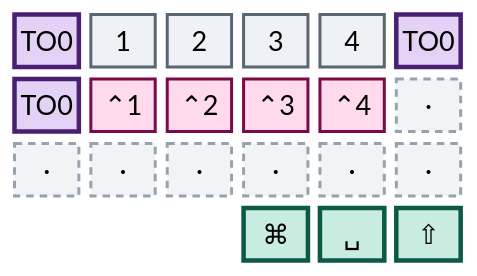
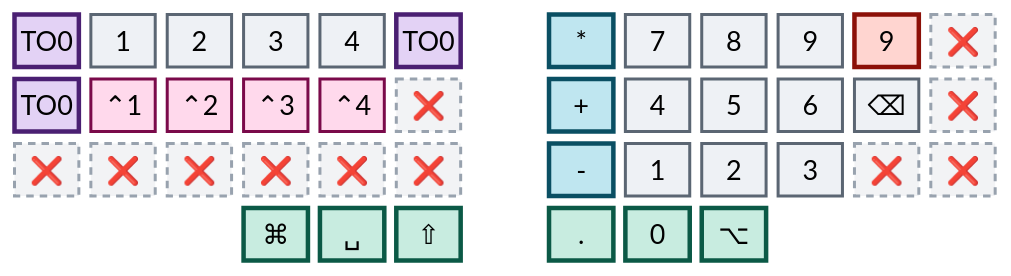
One commit to abloch/zmk-corne changed the fourth of 6 diagrams in README.md. Above: the diagram before and after it, drawn with Mermaid. The commit also changed other lines of this file, not shown here.

First line of the commit message:
Redraw the README layer maps as single side-by-side diagrams

````diff
--- a/README.md
+++ b/README.md
@@ -224,22 +157,26 @@
 ```mermaid
 %%{init: {'theme':'base','themeVariables':{'primaryColor':'#eef1f5','primaryTextColor':'#0b0f14','primaryBorderColor':'#5b6673','nodeTextColor':'#0b0f14','textColor':'#0b0f14','mainBkg':'#eef1f5','fontSize':'18px'}}}%%
 block
-columns 6
+columns 13
 
-  to0["TO0"] n1["1"] n2["2"] n3["3"] n4["4"] to0b["TO0"]
-  to0c["TO0"] c1["⌃1"] c2["⌃2"] c3["⌃3"] c4["⌃4"] xa["·"]
-  xb["·"] xc["·"] xd["·"] xe["·"] xf["·"] xg["·"]
-  space:3 cmd["⌘"] spc["␣"] sft["⇧"]
+  to0["TO0"] n1["1"] n2["2"] n3["3"] n4["4"] t0b["TO0"] space mul["*"] s7["7"] s8["8"] s9["9"] d9["9"] x1["❌"]
+  t0c["TO0"] c1["⌃1"] c2["⌃2"] c3["⌃3"] c4["⌃4"] x2["❌"] space pls["+"] s4["4"] s5["5"] s6["6"] bsp["⌫"] x3["❌"]
+  x4["❌"] x5["❌"] x6["❌"] x7["❌"] x8["❌"] x9["❌"] space mns["-"] s1["1"] s2["2"] s3["3"] x10["❌"] x11["❌"]
+  space:3 cmd["⌘"] spc["␣"] sft["⇧"] space kdt["."] zro["0"] alt["⌥"] space:3
 
   classDef chord fill:#ffd9ec,stroke:#7a0a4a,stroke-width:2px,color:#3a0523
+  classDef punc fill:#bfe6f0,stroke:#0a4f63,stroke-width:3px,color:#04222b
   classDef layerk fill:#e3d2f5,stroke:#4a1f72,stroke-width:3px,color:#240c39
   classDef core fill:#eef1f5,stroke:#5b6673,stroke-width:2px,color:#0b0f14
   classDef thumb fill:#c8ece0,stroke:#0b5946,stroke-width:3px,color:#06241c
+  classDef doomed fill:#ffd5d0,stroke:#8c1008,stroke-width:3px,color:#3d0603
   classDef dead fill:#f2f3f5,stroke:#98a2ae,stroke-width:2px,stroke-dasharray:5 4,color:#5b6673
 
-  class n1,n2,n3,n4 core
+  class n1,n2,n3,n4,s1,s2,s3,s4,s5,s6,s7,s8,s9,bsp core
   class c1,c2,c3,c4 chord
-  class to0,to0b,to0c layerk
-  class cmd,spc,sft thumb
-  class xa,xb,xc,xd,xe,xf,xg dead
+  class mul,pls,mns punc
+  class d9 doomed
+  class to0,t0b,t0c layerk
+  class cmd,spc,sft,kdt,zro,alt thumb
+  class x1,x2,x3,x4,x5,x6,x7,x8,x9,x10,x11 dead
 ```
````
